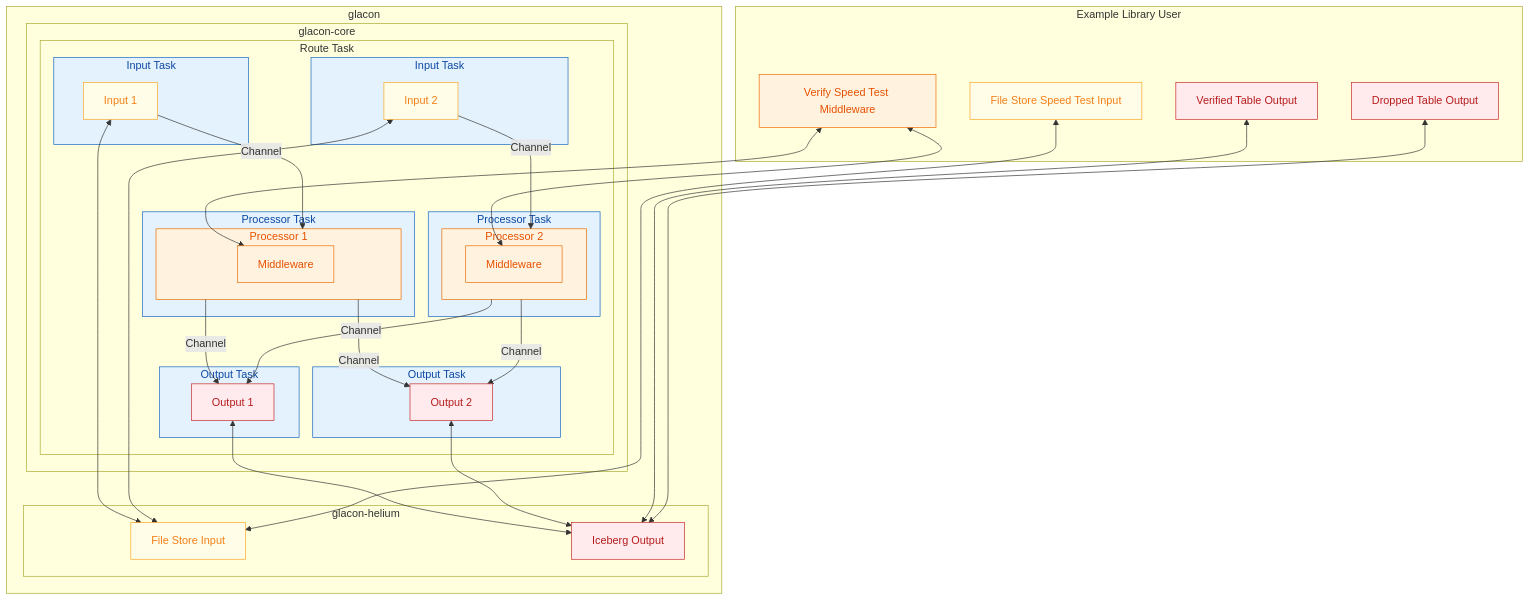
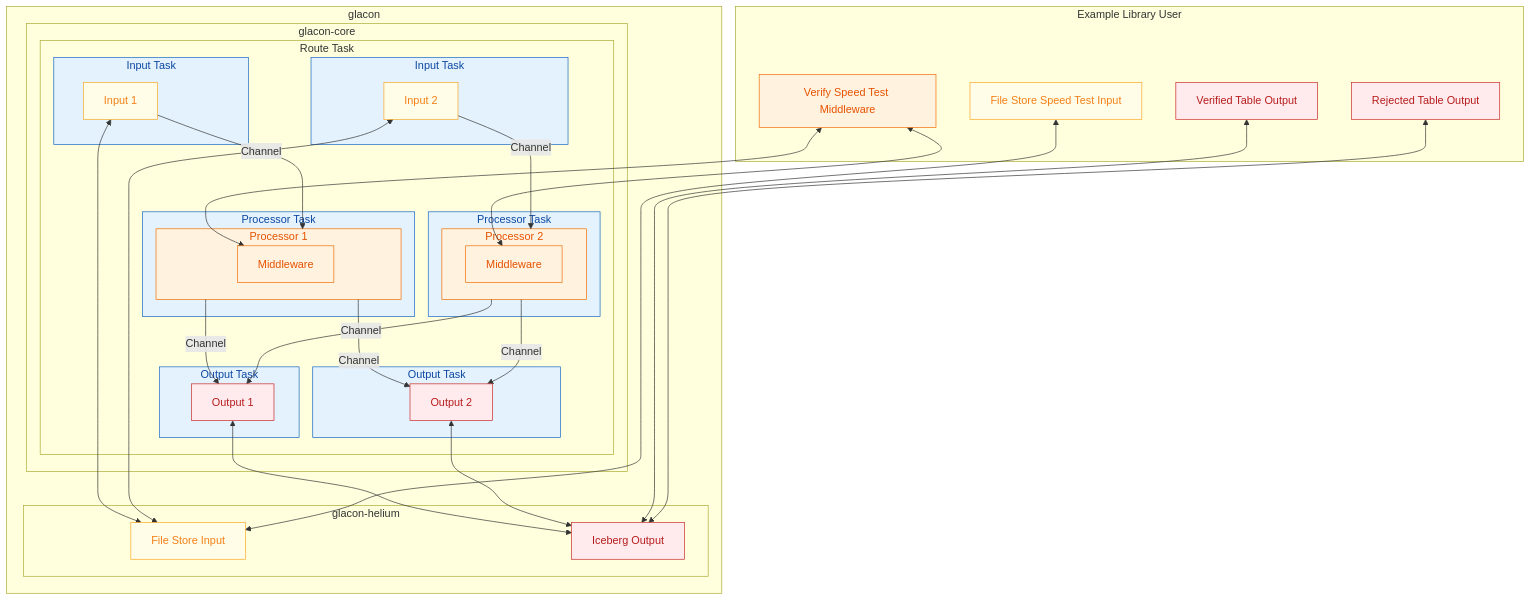
One commit to helium/glacon changed the first of 2 diagrams in glacon-core/README.md. Above: the diagram before and after it, drawn with Mermaid. The commit also changed other lines of this file and 19 other files, not shown here.

````diff
--- a/glacon-core/README.md
+++ b/glacon-core/README.md
@@ -17,70 +18,70 @@
 ```mermaid
 flowchart TB
     subgraph glacon
         subgraph glacon-core
             subgraph Route Task
                 subgraph IT1 [Input Task]
                     I1[Input 1]
                 end
                 subgraph IT2 [Input Task]
                     I2[Input 2]
                 end
                 subgraph PT1 [Processor Task]
                 subgraph P1 [Processor 1]
                         M1[Middleware]
                     end
                 end
                 subgraph PT2 [Processor Task]
                     subgraph P2 [Processor 2]
                         M2[Middleware]
                     end
                 end
                 subgraph OT1 [Output Task]
                     O1[Output 1]
                 end
                 subgraph OT2 [Output Task]
                     O2[Output 2]
                 end
             end
         end
         subgraph glacon-helium
             FS1[File Store Input]
             IO1[Iceberg Output]
         end
     end
     subgraph Example Library User
         EUI1[File Store Speed Test Input]
         VM1[Verify Speed Test Middleware]
         VTO1[Verified Table Output]
-        DTO1[Dropped Table Output]
+        RTO1[Rejected Table Output]
     end
 
     I1 -- Channel --> P1
     I2 -- Channel --> P2
     P1 -- Channel --> O1
     P1 -- Channel --> O2
     P2 -- Channel --> O1
     P2 -- Channel --> O2
 
     I1 <--> FS1
     I2 <--> FS1
     O1 <--> IO1
     O2 <--> IO1
 
     EUI1 <--> FS1
     VM1 <--> M1
     VM1 <--> M2
 
     VTO1 <--> IO1
-    DTO1 <--> IO1
+    RTO1 <--> IO1
 
     class IT1,IT2,PT1,PT2,OT1,OT2 blue
     class I1,I2,FS1,EUI1 yellow
     class P1,P2,M1,M2,VM1 orange
-    class O1,O2,IO1,VTO1,DTO1 red
+    class O1,O2,IO1,VTO1,RTO1 red
 
     classDef blue   fill:#e3f2fd,stroke:#1565c0,color:#0d47a1
     classDef yellow fill:#fffde7,stroke:#f9a825,color:#f57f17
     classDef orange fill:#fff3e0,stroke:#ef6c00,color:#e65100
     classDef red fill:#ffebee,stroke:#c62828,color:#b71c1c
 ```
````
